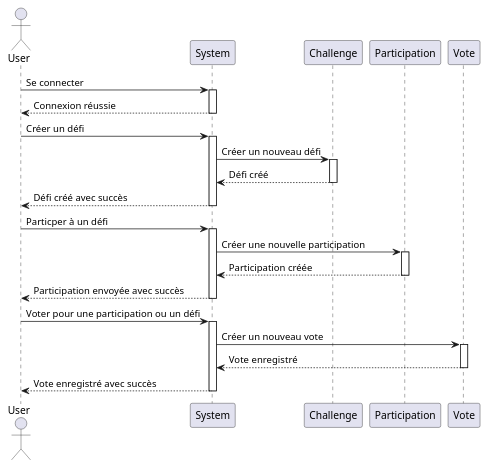
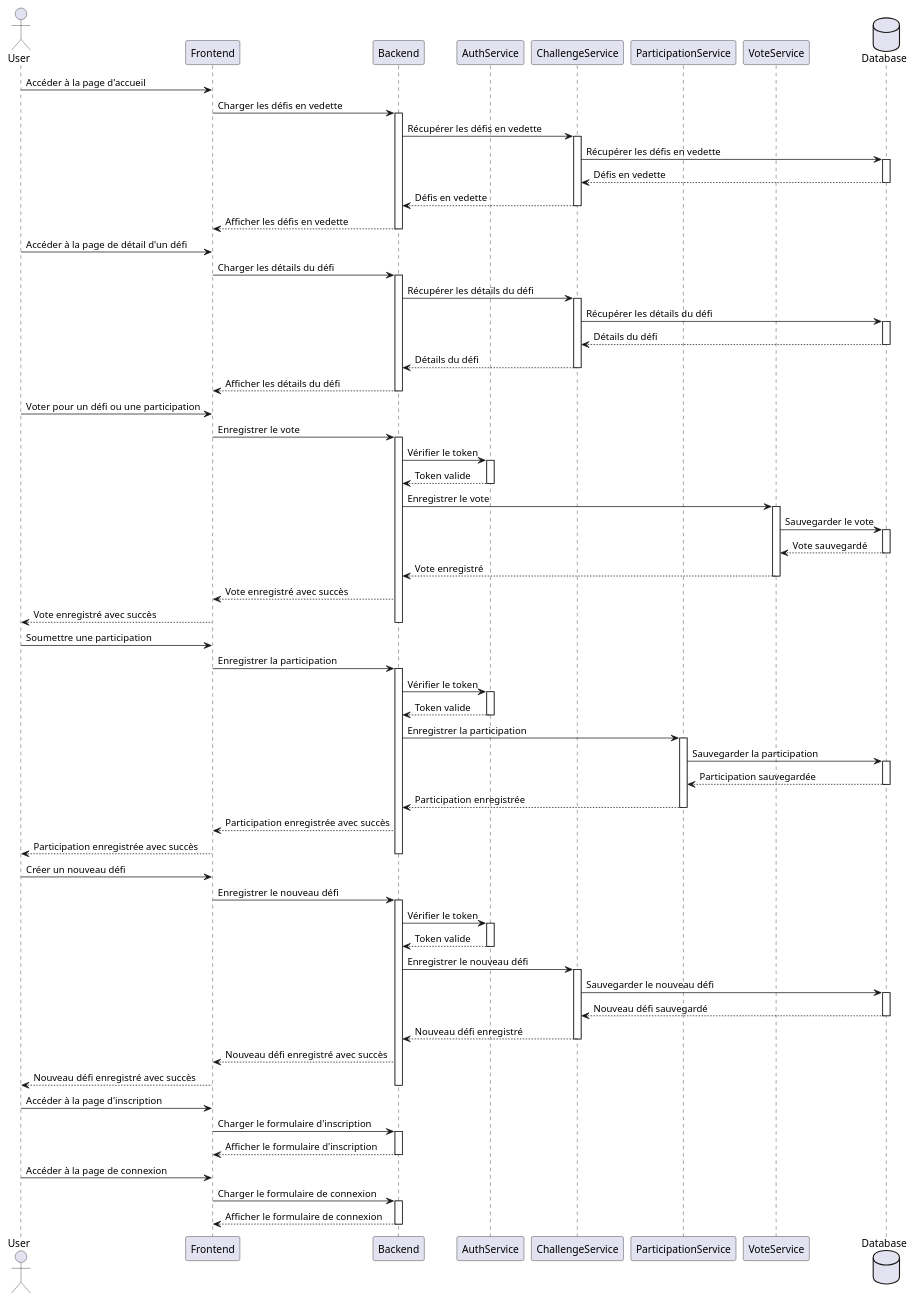
Before and after one commit to cedricrgt/questarena: the diagram in conception/diagrams/sequence.puml, drawn with PlantUML.

Commit message:
Updated sequence diagram

```diff
--- a/conception/diagrams/sequence.puml
+++ b/conception/diagrams/sequence.puml
@@ -1,42 +1,109 @@
 @startuml sequence_diagram
 
 actor User
-participant "System" as S
-participant "Challenge" as C
-participant "Participation" as P
-participant "Vote" as V
+participant "Frontend" as FE
+participant "Backend" as BE
+participant "AuthService" as Auth
+participant "ChallengeService" as CS
+participant "ParticipationService" as PS
+participant "VoteService" as VS
+database "Database" as DB
 
-User -> S: Se connecter 
-activate S
-S --> User: Connexion réussie
-deactivate S
+User -> FE: Accéder à la page d'accueil
+FE -> BE: Charger les défis en vedette
+activate BE
+BE -> CS: Récupérer les défis en vedette
+activate CS
+CS -> DB: Récupérer les défis en vedette
+activate DB
+DB --> CS: Défis en vedette
+deactivate DB
+CS --> BE: Défis en vedette
+deactivate CS
+BE --> FE: Afficher les défis en vedette
+deactivate BE
 
+User -> FE: Accéder à la page de détail d'un défi
+FE -> BE: Charger les détails du défi
+activate BE
+BE -> CS: Récupérer les détails du défi
+activate CS
+CS -> DB: Récupérer les détails du défi
+activate DB
+DB --> CS: Détails du défi
+deactivate DB
+CS --> BE: Détails du défi
+deactivate CS
+BE --> FE: Afficher les détails du défi
+deactivate BE
 
-User -> S: Créer un défi
-activate S
-S -> C: Créer un nouveau défi
-activate C
-C --> S: Défi créé
-deactivate C
-S --> User: Défi créé avec succès
-deactivate S
+User -> FE: Voter pour un défi ou une participation
+FE -> BE: Enregistrer le vote
+activate BE
+BE -> Auth: Vérifier le token
+activate Auth
+Auth --> BE: Token valide
+deactivate Auth
+BE -> VS: Enregistrer le vote
+activate VS
+VS -> DB: Sauvegarder le vote
+activate DB
+DB --> VS: Vote sauvegardé
+deactivate DB
+VS --> BE: Vote enregistré
+deactivate VS
+BE --> FE: Vote enregistré avec succès
+FE --> User: Vote enregistré avec succès
+deactivate BE
 
-User -> S: Particper à un défi
-activate S
-S -> P: Créer une nouvelle participation
-activate P
-P --> S: Participation créée
-deactivate P
-S --> User: Participation envoyée avec succès
-deactivate S
+User -> FE: Soumettre une participation
+FE -> BE: Enregistrer la participation
+activate BE
+BE -> Auth: Vérifier le token
+activate Auth
+Auth --> BE: Token valide
+deactivate Auth
+BE -> PS: Enregistrer la participation
+activate PS
+PS -> DB: Sauvegarder la participation
+activate DB
+DB --> PS: Participation sauvegardée
+deactivate DB
+PS --> BE: Participation enregistrée
+deactivate PS
+BE --> FE: Participation enregistrée avec succès
+FE --> User: Participation enregistrée avec succès
+deactivate BE
 
-User -> S: Voter pour une participation ou un défi
-activate S
-S -> V: Créer un nouveau vote
-activate V
-V --> S: Vote enregistré
-deactivate V
-S --> User: Vote enregistré avec succès
-deactivate S
+User -> FE: Créer un nouveau défi
+FE -> BE: Enregistrer le nouveau défi
+activate BE
+BE -> Auth: Vérifier le token
+activate Auth
+Auth --> BE: Token valide
+deactivate Auth
+BE -> CS: Enregistrer le nouveau défi
+activate CS
+CS -> DB: Sauvegarder le nouveau défi
+activate DB
+DB --> CS: Nouveau défi sauvegardé
+deactivate DB
+CS --> BE: Nouveau défi enregistré
+deactivate CS
+BE --> FE: Nouveau défi enregistré avec succès
+FE --> User: Nouveau défi enregistré avec succès
+deactivate BE
+
+User -> FE: Accéder à la page d'inscription
+FE -> BE: Charger le formulaire d'inscription
+activate BE
+BE --> FE: Afficher le formulaire d'inscription
+deactivate BE
+
+User -> FE: Accéder à la page de connexion
+FE -> BE: Charger le formulaire de connexion
+activate BE
+BE --> FE: Afficher le formulaire de connexion
+deactivate BE
 
 @enduml
```
